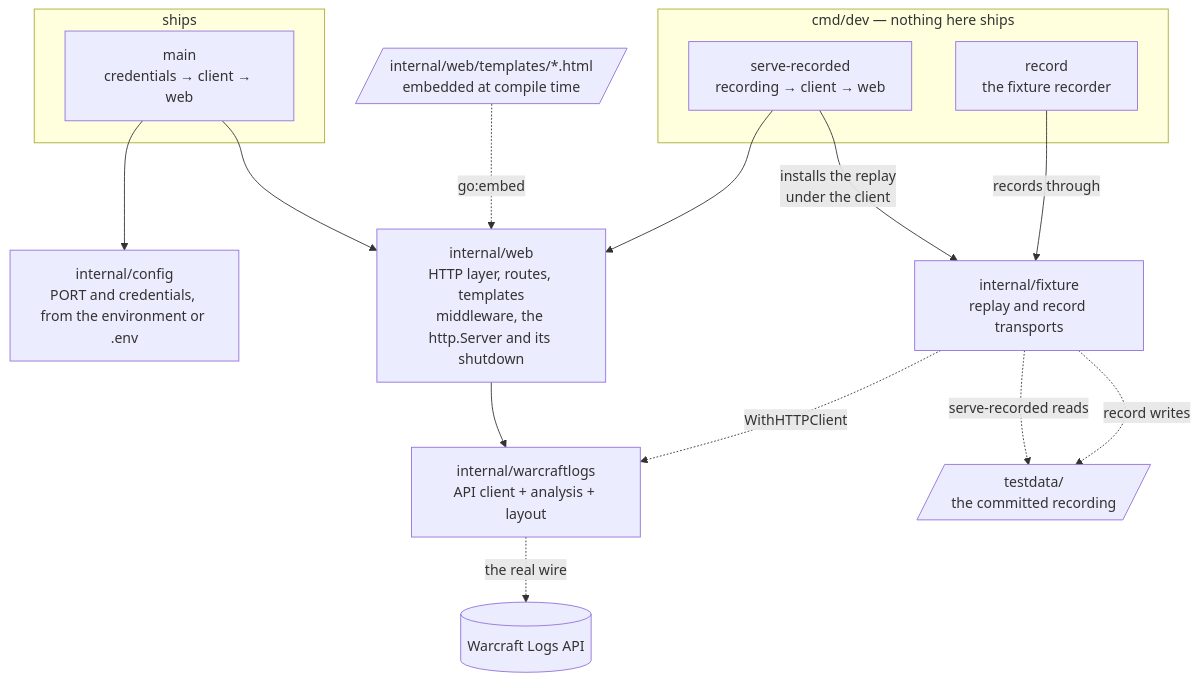
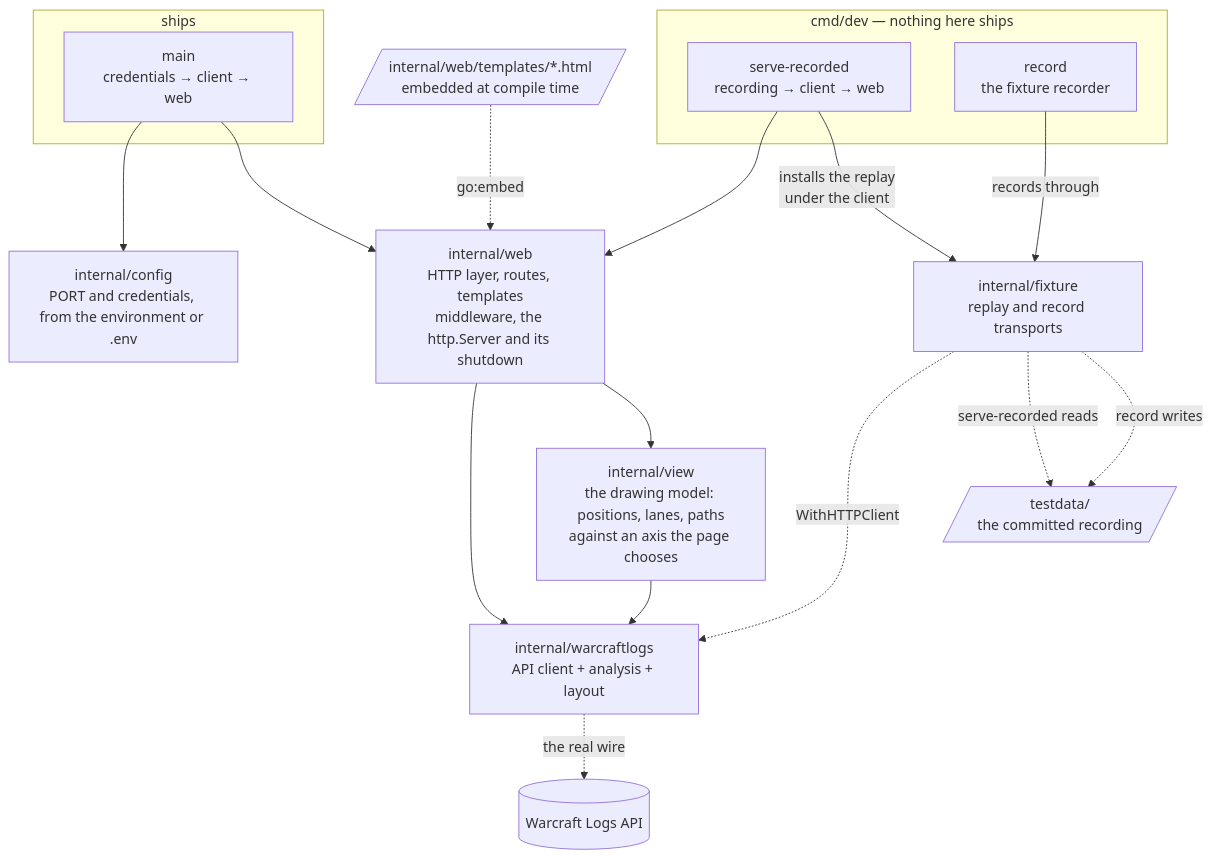
The second of 3 diagrams in ARCHITECTURE.md (Gabriel2048/wow-insights), drawn with Mermaid before and after one commit. The commit also changed other lines of this file and 14 other files, not shown here.

First line of the commit message:
Separate the drawing model from the analysis

````diff
--- a/ARCHITECTURE.md
+++ b/ARCHITECTURE.md
@@ -55,38 +55,41 @@
 ```mermaid
 flowchart TB
     %% verified: package graph
     subgraph ships["ships"]
         main["main<br/>credentials → client → web"]
     end
     subgraph dev["cmd/dev — nothing here ships"]
         serve_recorded["serve-recorded<br/>recording → client → web"]
         record["record<br/>the fixture recorder"]
     end
     templates[/"internal/web/templates/*.html<br/>embedded at compile time"/]
     web["internal/web<br/>HTTP layer, routes, templates<br/>middleware, the http.Server and its shutdown"]
+    view["internal/view<br/>the drawing model: positions, lanes, paths<br/>against an axis the page chooses"]
     config["internal/config<br/>PORT and credentials, from the environment or .env"]
     fixture["internal/fixture<br/>replay and record transports"]
     warcraftlogs["internal/warcraftlogs<br/>API client + analysis + layout"]
     api[("Warcraft Logs API")]
     testdata[/"testdata/<br/>the committed recording"/]
 
     main --> config
     main --> web
     serve_recorded --> web
     serve_recorded -->|"installs the replay<br/>under the client"| fixture
     record -->|"records through"| fixture
     templates -.->|"go:embed"| web
     web --> warcraftlogs
+    web --> view
+    view --> warcraftlogs
     %% Every binary also builds the client (warcraftlogs.New) and reads its
     %% configuration. Real, verified, and not drawn: the labels say it and
     %% the lines would only cross what matters.
     %% main --> warcraftlogs
     %% serve_recorded --> warcraftlogs
     %% record --> warcraftlogs
     %% serve_recorded --> config
     %% record --> config
     fixture -.->|"WithHTTPClient"| warcraftlogs
     fixture -.->|"serve-recorded reads"| testdata
     fixture -.->|"record writes"| testdata
     warcraftlogs -.->|"the real wire"| api
 ```
````
